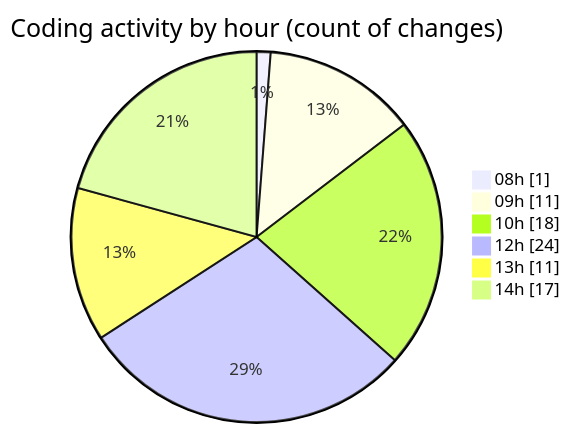
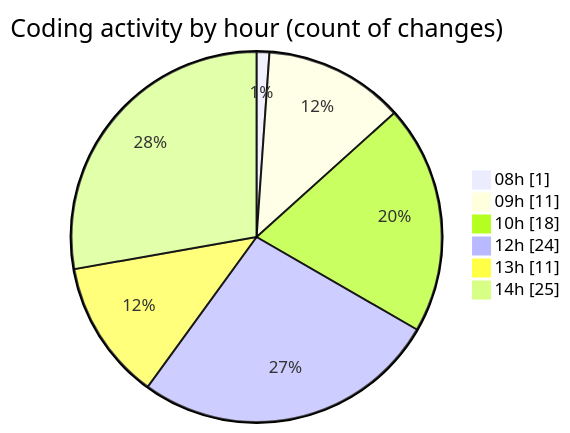
Before and after one commit to momahboobian/code-tracking: the second of 2 diagrams in 2026-04-14/cda/README.md, drawn with Mermaid. The commit also changed other lines of this file and 1 other file, not shown here.

````diff
--- a/2026-04-14/cda/README.md
+++ b/2026-04-14/cda/README.md
@@ -53,10 +55,10 @@
 ```mermaid
 pie showData
 title Coding activity by hour (count of changes)
 "08h" : 1
 "09h" : 11
 "10h" : 18
 "12h" : 24
 "13h" : 11
-"14h" : 17
+"14h" : 25
 ```
````
